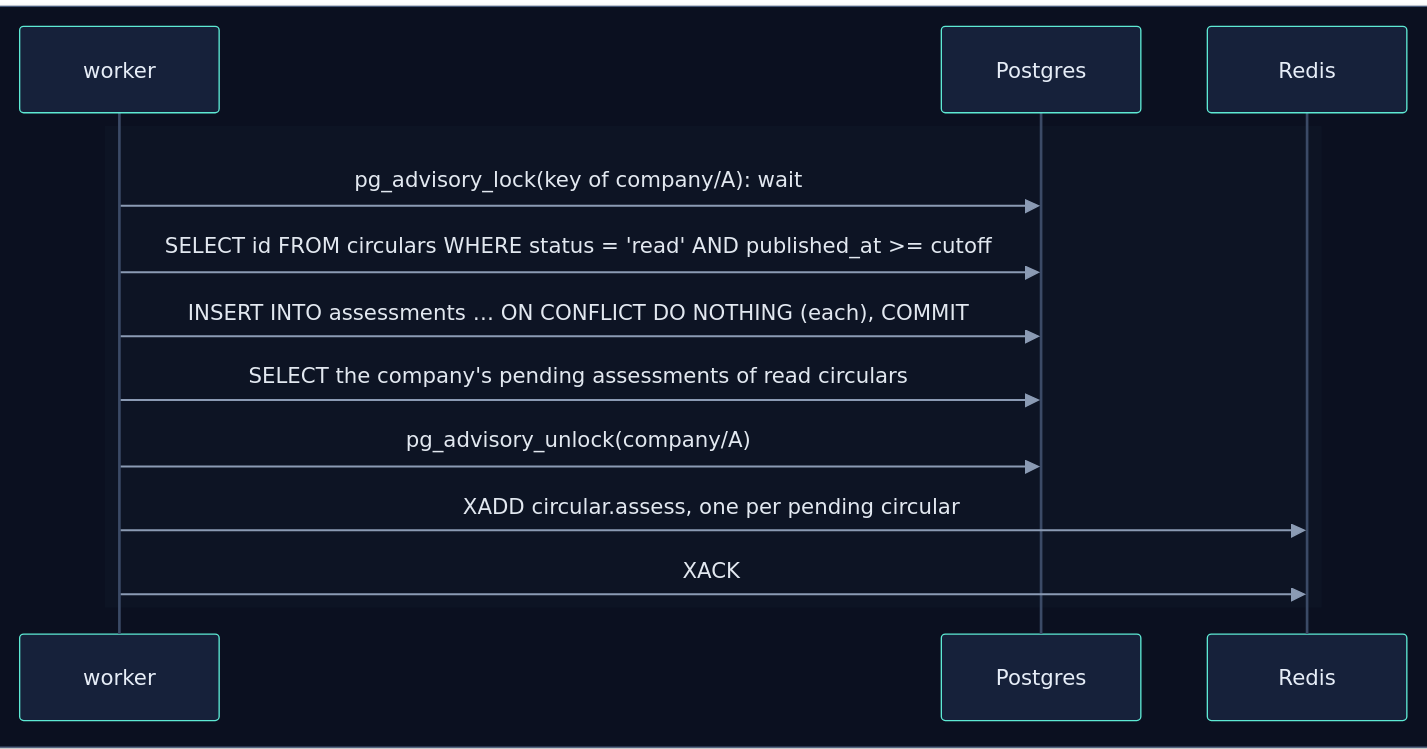
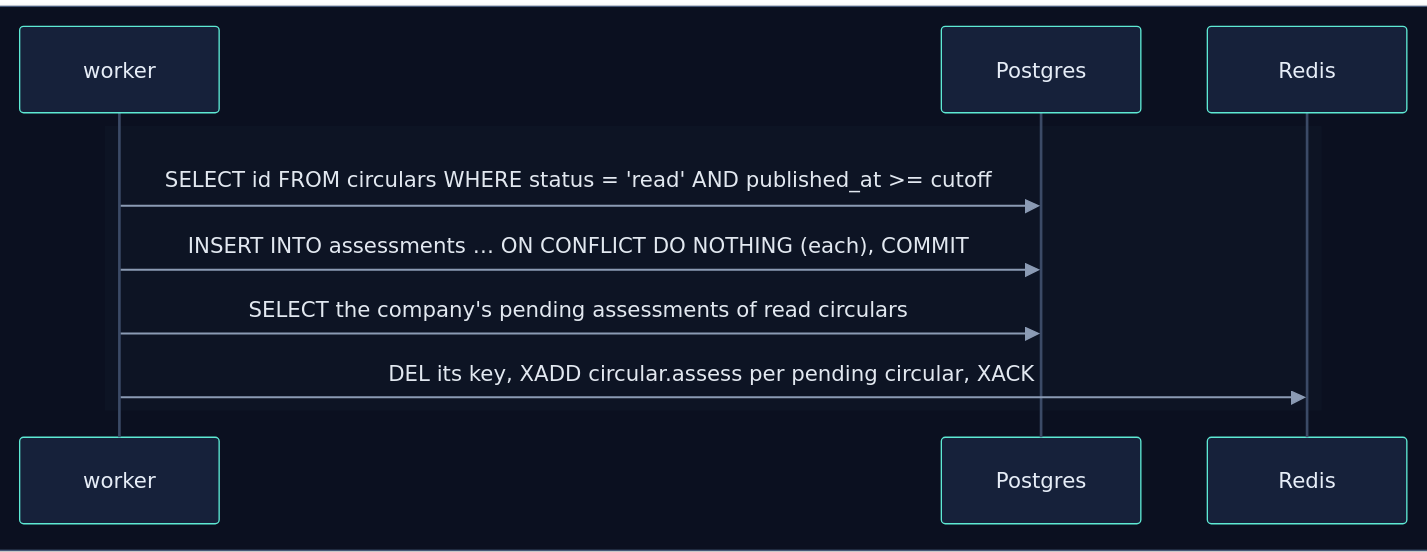
Diagram 15 of 19 in backend/worker/INTERNALS.md (selvakumarperumal/Regulatory_Circular_Impact_Agent), drawn with Mermaid before and after one commit. The commit also changed other lines of this file and 7 other files, not shown here.

````diff
--- a/backend/worker/INTERNALS.md
+++ b/backend/worker/INTERNALS.md
@@ -780,19 +755,16 @@
 ```mermaid
 %%{init: {"theme": "base", "sequence": {"diagramMarginX": 0, "diagramMarginY": 0}, "themeVariables": {"darkMode": true, "primaryColor": "#16213a", "primaryTextColor": "#e6edf7", "primaryBorderColor": "#475a7a", "lineColor": "#8b9bb4", "secondaryColor": "#1b2436", "tertiaryColor": "#101a2e", "edgeLabelBackground": "#0f172a", "textColor": "#e2e8f0", "actorBkg": "#16213a", "actorBorder": "#5eead4", "actorTextColor": "#e6edf7", "actorLineColor": "#3b4a66", "signalColor": "#8b9bb4", "signalTextColor": "#e2e8f0", "noteBkgColor": "#2a2410", "noteBorderColor": "#fbbf24", "noteTextColor": "#fde68a", "labelBoxBkgColor": "#1e293b", "labelBoxBorderColor": "#64748b", "labelTextColor": "#e2e8f0", "loopTextColor": "#c4b5fd", "sequenceNumberColor": "#0b1020", "activationBkgColor": "#1e293b"}}}%%
 sequenceDiagram
     box rgb(11, 16, 32)
         participant K as worker
         participant PG as Postgres
         participant R as Redis
     end
 
     rect rgb(13, 20, 36)
-        K->>PG: pg_advisory_lock(key of company/A): wait
         K->>PG: SELECT id FROM circulars WHERE status = 'read' AND published_at >= cutoff
         K->>PG: INSERT INTO assessments … ON CONFLICT DO NOTHING (each), COMMIT
         K->>PG: SELECT the company's pending assessments of read circulars
-        K->>PG: pg_advisory_unlock(company/A)
-        K->>R: XADD circular.assess, one per pending circular
-        K->>R: XACK
+        K->>R: DEL its key, XADD circular.assess per pending circular, XACK
     end
 ```
````
